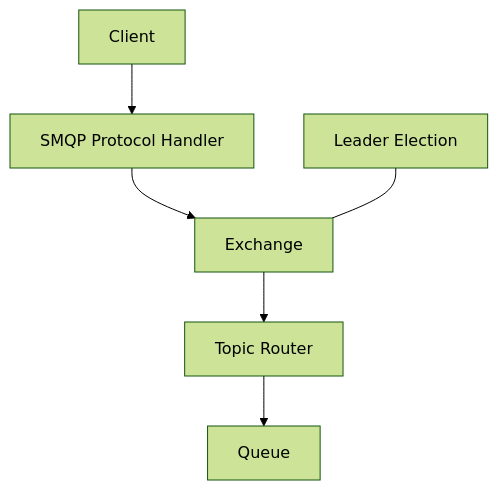
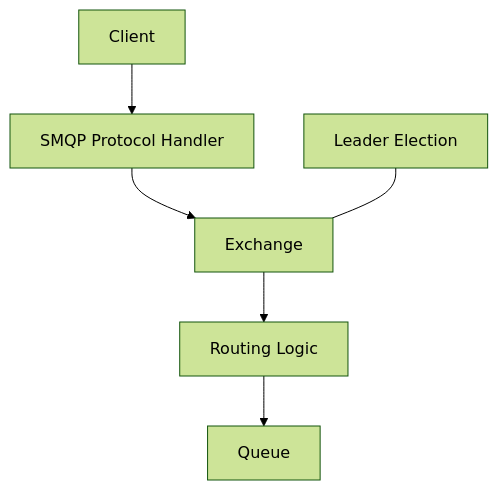
One commit to AlexanderT02/broker-leader-election changed the second of 4 diagrams in README.md. Above: the diagram before and after it, drawn with Mermaid (forest theme). The commit also changed other lines of this file, not shown here.

````diff
--- a/README.md
+++ b/README.md
@@ -60,20 +74,20 @@
-``` mermaid
+```mermaid
 flowchart TB
 
 Client[Client]
 
 SMQP[SMQP Protocol Handler]
 
 Exchange[Exchange]
-Router[Topic Router]
+Router[Routing Logic]
 Queue[Queue]
 
 Election[Leader Election]
 
 Client --> SMQP
 SMQP --> Exchange
 Exchange --> Router
 Router --> Queue
 
 Election --- Exchange
 ```
````
